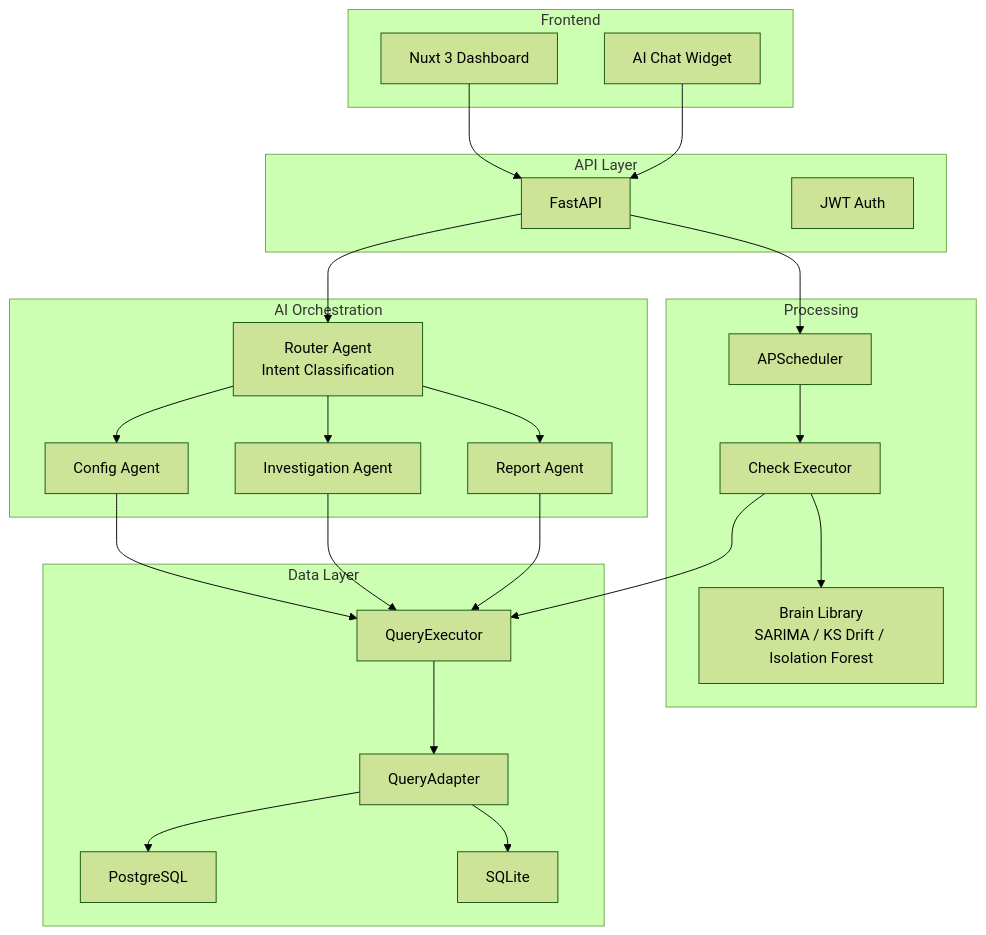
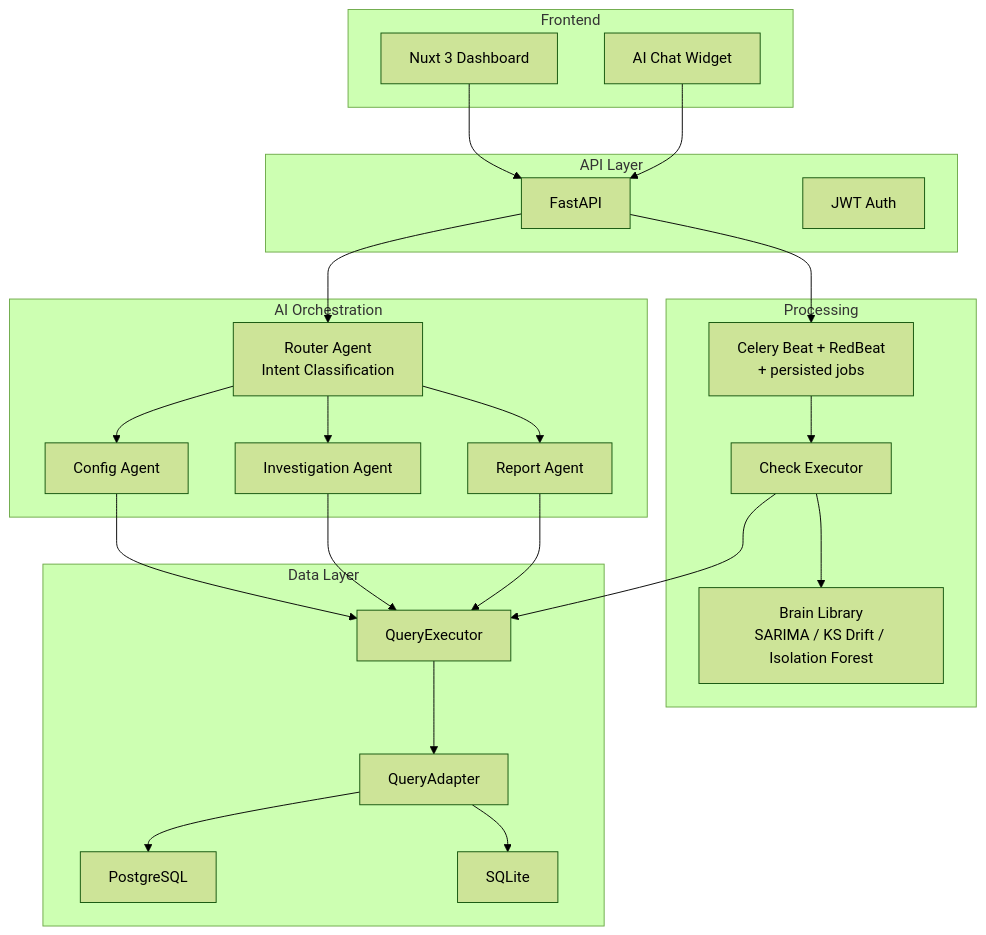
Before and after one commit to TheDataMaestros/datametronome: the first of 3 diagrams in README.md, drawn with Mermaid (forest theme). The commit also changed 70 other files, not shown here.

````diff
--- a/README.md
+++ b/README.md
@@ -27,49 +27,49 @@
 ```mermaid
 graph TB
     subgraph "Frontend"
         UI[Nuxt 3 Dashboard]
         Chat[AI Chat Widget]
     end
 
     subgraph "API Layer"
         API[FastAPI]
         Auth[JWT Auth]
     end
 
     subgraph "AI Orchestration"
         Router[Router Agent<br/>Intent Classification]
         Config[Config Agent]
         Investigation[Investigation Agent]
         Report[Report Agent]
     end
 
     subgraph "Processing"
-        Scheduler[APScheduler]
+        Scheduler[Celery Beat + RedBeat<br/>+ persisted jobs]
         Executor[Check Executor]
         Brain[Brain Library<br/>SARIMA / KS Drift / Isolation Forest]
     end
 
     subgraph "Data Layer"
         QE[QueryExecutor]
         Adapter[QueryAdapter]
         PG[PostgreSQL]
         SQLite[SQLite]
     end
 
     UI --> API
     Chat --> API
     API --> Router
     Router --> Config
     Router --> Investigation
     Router --> Report
     API --> Scheduler
     Scheduler --> Executor
     Executor --> Brain
     Config --> QE
     Investigation --> QE
     Report --> QE
     Executor --> QE
     QE --> Adapter
     Adapter --> PG
     Adapter --> SQLite
 ```
````
